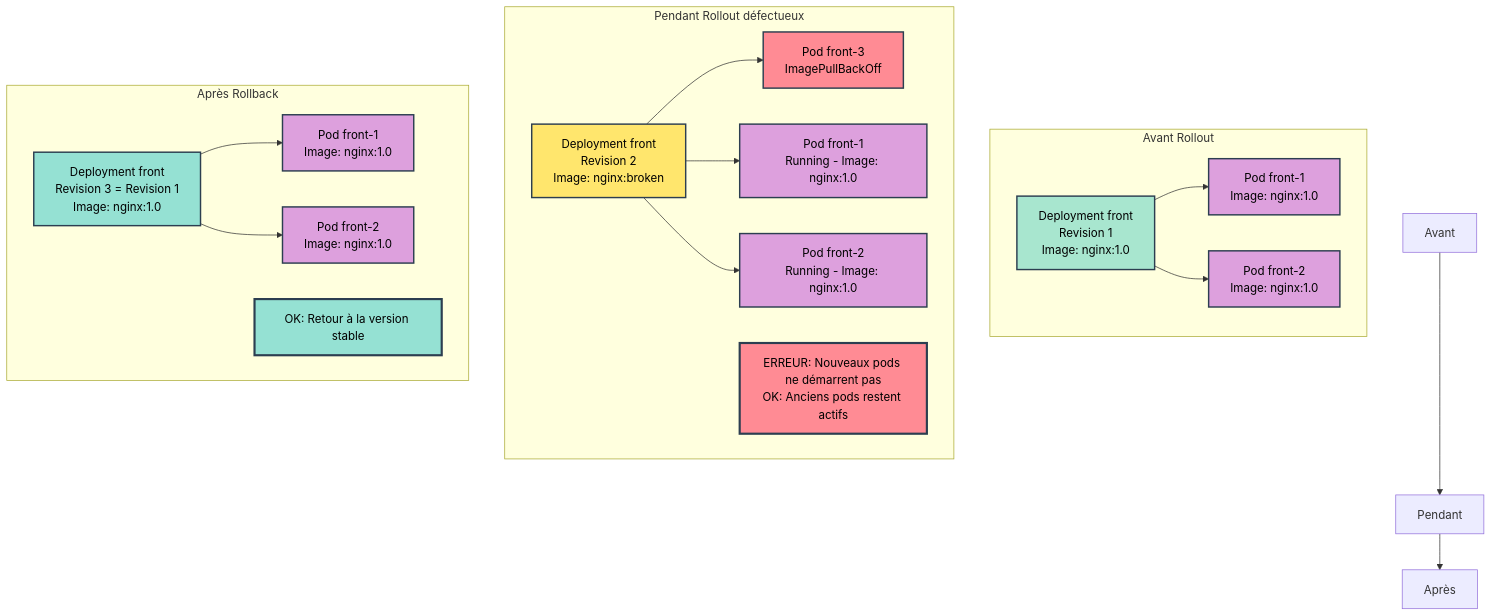
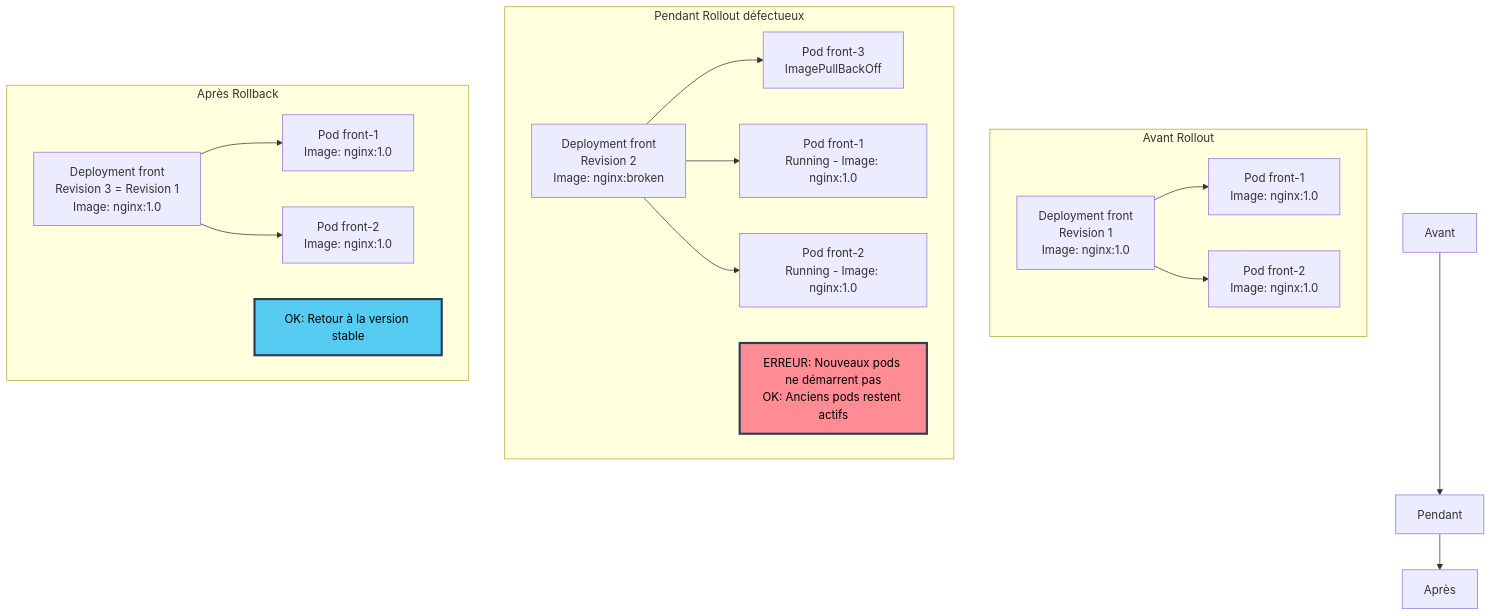
The eighth of 9 diagrams in docs/ARCHITECTURE.md (MPFabio/S4-Ingress-TLS-Config-Secrets), drawn with Mermaid before and after one commit. The commit also changed other lines of this file, not shown here.

Commit message:
Application couleurs modernes sur ARCHITECTURE.md S4

````diff
--- a/docs/ARCHITECTURE.md
+++ b/docs/ARCHITECTURE.md
@@ -285,46 +269,36 @@
 ```mermaid
 flowchart TB
     subgraph Avant Rollout
         D1[Deployment front<br/>Revision 1<br/>Image: nginx:1.0]
         P1[Pod front-1<br/>Image: nginx:1.0]
         P2[Pod front-2<br/>Image: nginx:1.0]
         D1 --> P1
         D1 --> P2
     end
     
     subgraph Pendant Rollout défectueux
         D2[Deployment front<br/>Revision 2<br/>Image: nginx:broken]
         P3[Pod front-3<br/>ImagePullBackOff]
         P4[Pod front-1<br/>Running - Image: nginx:1.0]
         P5[Pod front-2<br/>Running - Image: nginx:1.0]
         D2 --> P3
         D2 --> P4
         D2 --> P5
         Note1[ERREUR: Nouveaux pods ne démarrent pas<br/>OK: Anciens pods restent actifs]
     end
     
     subgraph Après Rollback
         D3[Deployment front<br/>Revision 3 = Revision 1<br/>Image: nginx:1.0]
         P6[Pod front-1<br/>Image: nginx:1.0]
         P7[Pod front-2<br/>Image: nginx:1.0]
         D3 --> P6
         D3 --> P7
         Note2[OK: Retour à la version stable]
     end
     
     Avant --> Pendant
     Pendant --> Après
     
     style Note1 fill:#FF8B94,stroke:#2C3E50,stroke-width:3px,color:#000
-    style Note2 fill:#95E1D3,stroke:#2C3E50,stroke-width:3px,color:#000
-    style D1 fill:#A8E6CF,stroke:#2C3E50,stroke-width:2px,color:#000
-    style D2 fill:#FFE66D,stroke:#2C3E50,stroke-width:2px,color:#000
-    style D3 fill:#95E1D3,stroke:#2C3E50,stroke-width:2px,color:#000
-    style P1 fill:#DDA0DD,stroke:#2C3E50,stroke-width:2px,color:#000
-    style P2 fill:#DDA0DD,stroke:#2C3E50,stroke-width:2px,color:#000
-    style P3 fill:#FF8B94,stroke:#2C3E50,stroke-width:2px,color:#000
-    style P4 fill:#DDA0DD,stroke:#2C3E50,stroke-width:2px,color:#000
-    style P5 fill:#DDA0DD,stroke:#2C3E50,stroke-width:2px,color:#000
-    style P6 fill:#DDA0DD,stroke:#2C3E50,stroke-width:2px,color:#000
-    style P7 fill:#DDA0DD,stroke:#2C3E50,stroke-width:2px,color:#000
+    style Note2 fill:#56CCF2,stroke:#2C3E50,stroke-width:3px,color:#000
 ```
````
